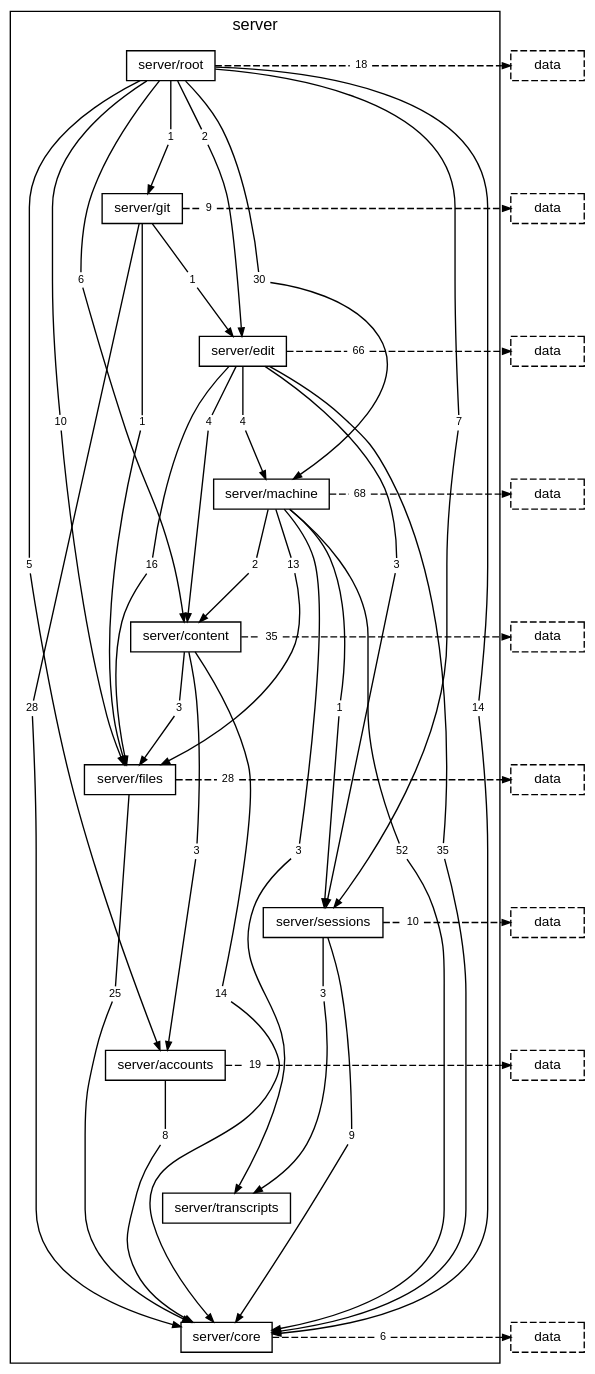
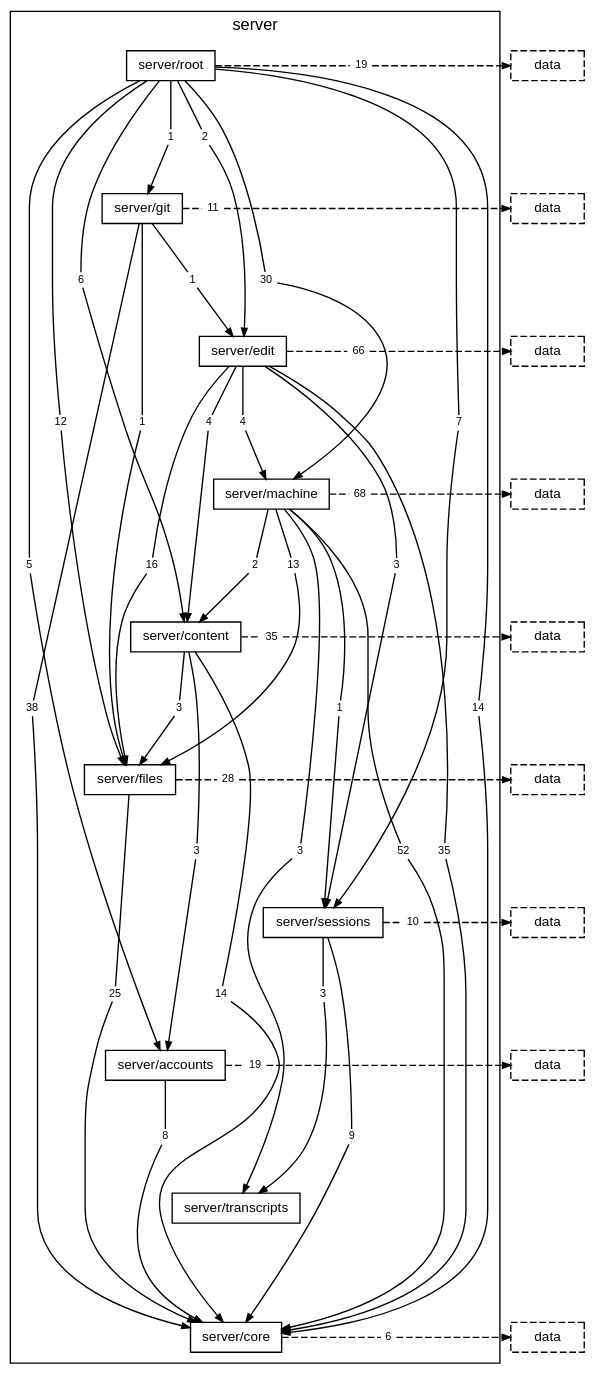
The diagram in docs/diagrams/layer-server.dot (TheAxeC/oculus), drawn with Graphviz before and after one commit. The commit also changed 218 other files, not shown here.

```diff
--- a/docs/diagrams/layer-server.dot
+++ b/docs/diagrams/layer-server.dot
@@ -18,15 +18,15 @@
         "folder server/root to folder server/content" [label="6", shape=box, color="transparent", fontsize=8, width=0, height=0, margin="0.04,0.02"];
         "folder server/root to folder server/core" [label="14", shape=box, color="transparent", fontsize=8, width=0, height=0, margin="0.04,0.02"];
         "folder server/root to folder server/edit" [label="2", shape=box, color="transparent", fontsize=8, width=0, height=0, margin="0.04,0.02"];
-        "folder server/root to folder server/files" [label="10", shape=box, color="transparent", fontsize=8, width=0, height=0, margin="0.04,0.02"];
+        "folder server/root to folder server/files" [label="12", shape=box, color="transparent", fontsize=8, width=0, height=0, margin="0.04,0.02"];
         "folder server/root to folder server/git" [label="1", shape=box, color="transparent", fontsize=8, width=0, height=0, margin="0.04,0.02"];
         "folder server/root to folder server/machine" [label="30", shape=box, color="transparent", fontsize=8, width=0, height=0, margin="0.04,0.02"];
         "folder server/root to folder server/sessions" [label="7", shape=box, color="transparent", fontsize=8, width=0, height=0, margin="0.04,0.02"];
-        "folder server/root to layer data" [label="18", shape=box, color="transparent", fontsize=8, width=0, height=0, margin="0.04,0.02"];
-        "folder server/git to folder server/core" [label="28", shape=box, color="transparent", fontsize=8, width=0, height=0, margin="0.04,0.02"];
+        "folder server/root to layer data" [label="19", shape=box, color="transparent", fontsize=8, width=0, height=0, margin="0.04,0.02"];
+        "folder server/git to folder server/core" [label="38", shape=box, color="transparent", fontsize=8, width=0, height=0, margin="0.04,0.02"];
         "folder server/git to folder server/edit" [label="1", shape=box, color="transparent", fontsize=8, width=0, height=0, margin="0.04,0.02"];
         "folder server/git to folder server/files" [label="1", shape=box, color="transparent", fontsize=8, width=0, height=0, margin="0.04,0.02"];
-        "folder server/git to layer data" [label="9", shape=box, color="transparent", fontsize=8, width=0, height=0, margin="0.04,0.02"];
+        "folder server/git to layer data" [label="11", shape=box, color="transparent", fontsize=8, width=0, height=0, margin="0.04,0.02"];
         "folder server/edit to folder server/content" [label="4", shape=box, color="transparent", fontsize=8, width=0, height=0, margin="0.04,0.02"];
         "folder server/edit to folder server/core" [label="35", shape=box, color="transparent", fontsize=8, width=0, height=0, margin="0.04,0.02"];
         "folder server/edit to folder server/files" [label="16", shape=box, color="transparent", fontsize=8, width=0, height=0, margin="0.04,0.02"];
```
